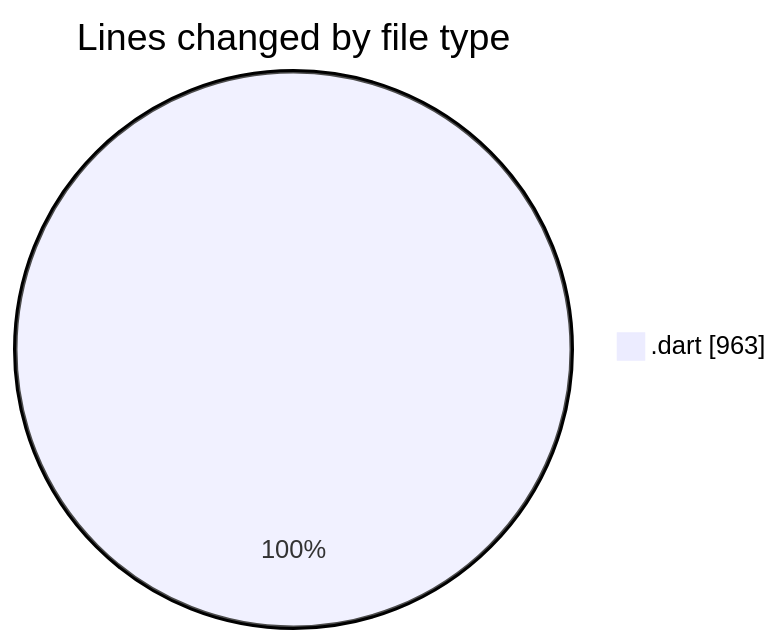
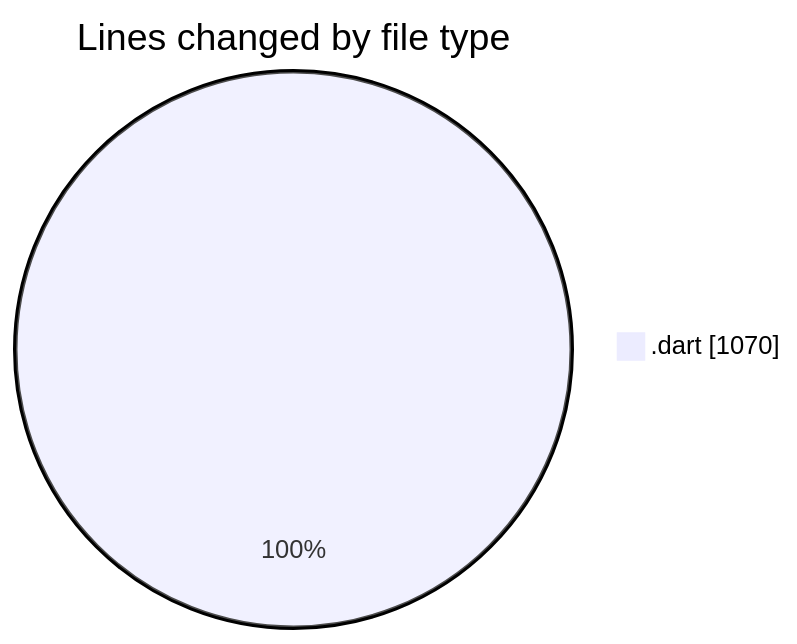
The first of 2 diagrams in 2025-01-15/trackers_app/README.md (donsfak/code-tracking), drawn with Mermaid before and after one commit. The commit also changed other lines of this file and 1 other file, not shown here.

````diff
--- a/2025-01-15/trackers_app/README.md
+++ b/2025-01-15/trackers_app/README.md
@@ -28,5 +28,5 @@
 ```mermaid
 pie showData
 title Lines changed by file type
-".dart" : 963
+".dart" : 1070
 ```
````
